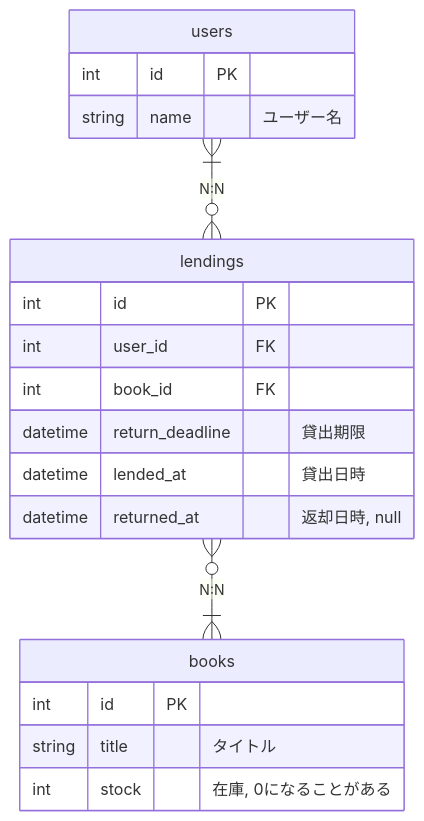
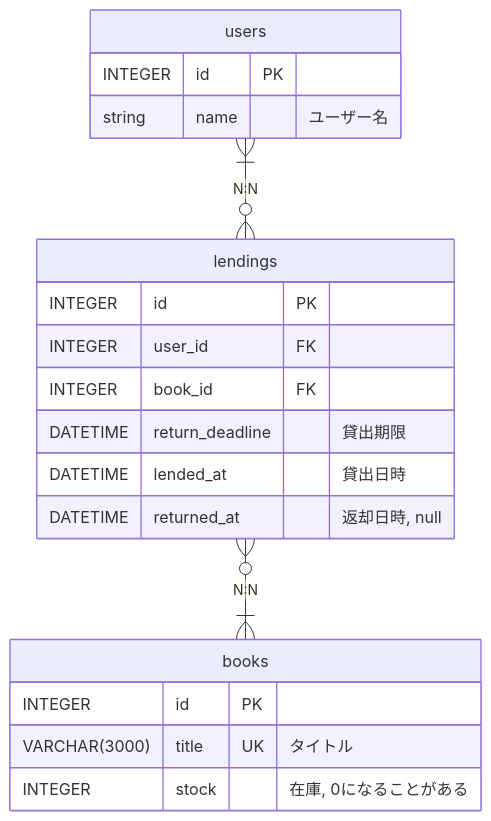
Before and after one commit to HitoroOhria/rdb-table-design-tutorial: the first of 2 diagrams in 1_Library_book_lending_system.md, drawn with Mermaid. The commit also changed other lines of this file, not shown here.

````diff
--- a/1_Library_book_lending_system.md
+++ b/1_Library_book_lending_system.md
@@ -19,25 +19,25 @@
 ```mermaid
 erDiagram
     users }|--o{ lendings : "N:N"
     lendings }o--|{ books : "N:N"
     
     users {
-        int id PK
+        INTEGER id PK
         string name "ユーザー名"
     }
 
     books {
-        int id PK
-        string title "タイトル"
-        int stock "在庫, 0になることがある"
+        INTEGER id PK
+        VARCHAR(3000) title UK "タイトル"
+        INTEGER stock "在庫, 0になることがある"
     }
     
     lendings {
-        int id PK
-        int user_id FK
-        int book_id FK
-        datetime return_deadline "貸出期限"
-        datetime lended_at "貸出日時"
-        datetime returned_at "返却日時, null"
+        INTEGER id PK
+        INTEGER user_id FK
+        INTEGER book_id FK
+        DATETIME return_deadline "貸出期限"
+        DATETIME lended_at "貸出日時"
+        DATETIME returned_at "返却日時, null"
     }
 ```
````
